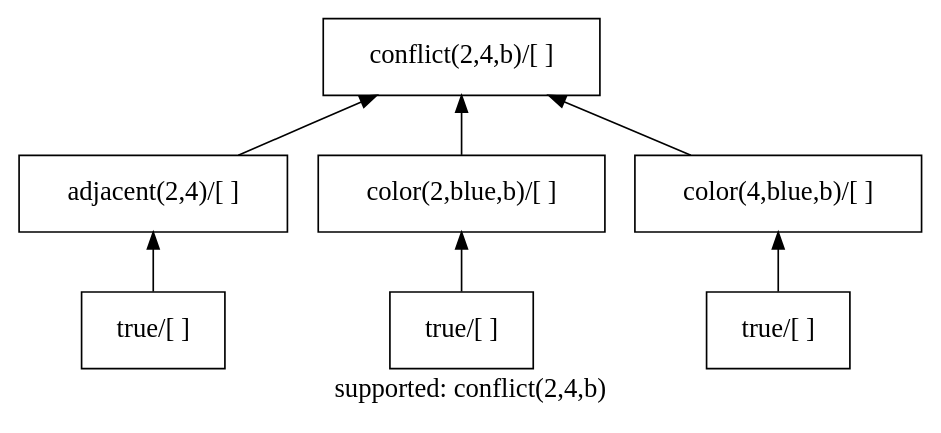
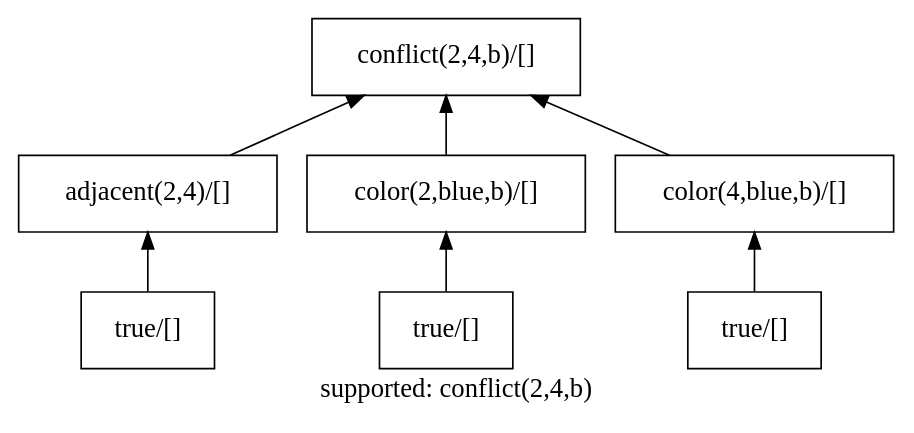
One commit to ponyatov/boox changed the diagram in prolog/fisher/f2_1_3.dot. Above: the diagram before and after it, drawn with Graphviz. The commit also changed 3 other files, not shown here.

```diff
--- a/prolog/fisher/f2_1_3.dot
+++ b/prolog/fisher/f2_1_3.dot
@@ -1,26 +1,26 @@
 digraph {
 # layout=neato ;
 graph[margin=0];
 fontsize=16;
 rankdir=BT;
 node [fontsize=16;margin=0.2;shape=rectangle];
 #1 -- 2;
 #1 -- 3;
 #1 -- 4;
 #1 -- 5;
 #2 -- 3;
 #2 -- 4;
 #3 -- 4;
 #4 -- 5;
 label="supported: conflict(2,4,b)"
- A [label="conflict(2,4,b)/[ ]"];
- B [label="adjacent(2,4)/[ ]"];
- C [label="color(2,blue,b)/[ ]"];
- D [label="color(4,blue,b)/[ ]"];
- E [label="true/[ ]"];
- F [label="true/[ ]"];
- G [label="true/[ ]"];
+ A [label="conflict(2,4,b)/[]"];
+ B [label="adjacent(2,4)/[]"];
+ C [label="color(2,blue,b)/[]"];
+ D [label="color(4,blue,b)/[]"];
+ E [label="true/[]"];
+ F [label="true/[]"];
+ G [label="true/[]"];
  E -> B -> A ;
  F -> C -> A ;
  G -> D -> A ;
 }
```
